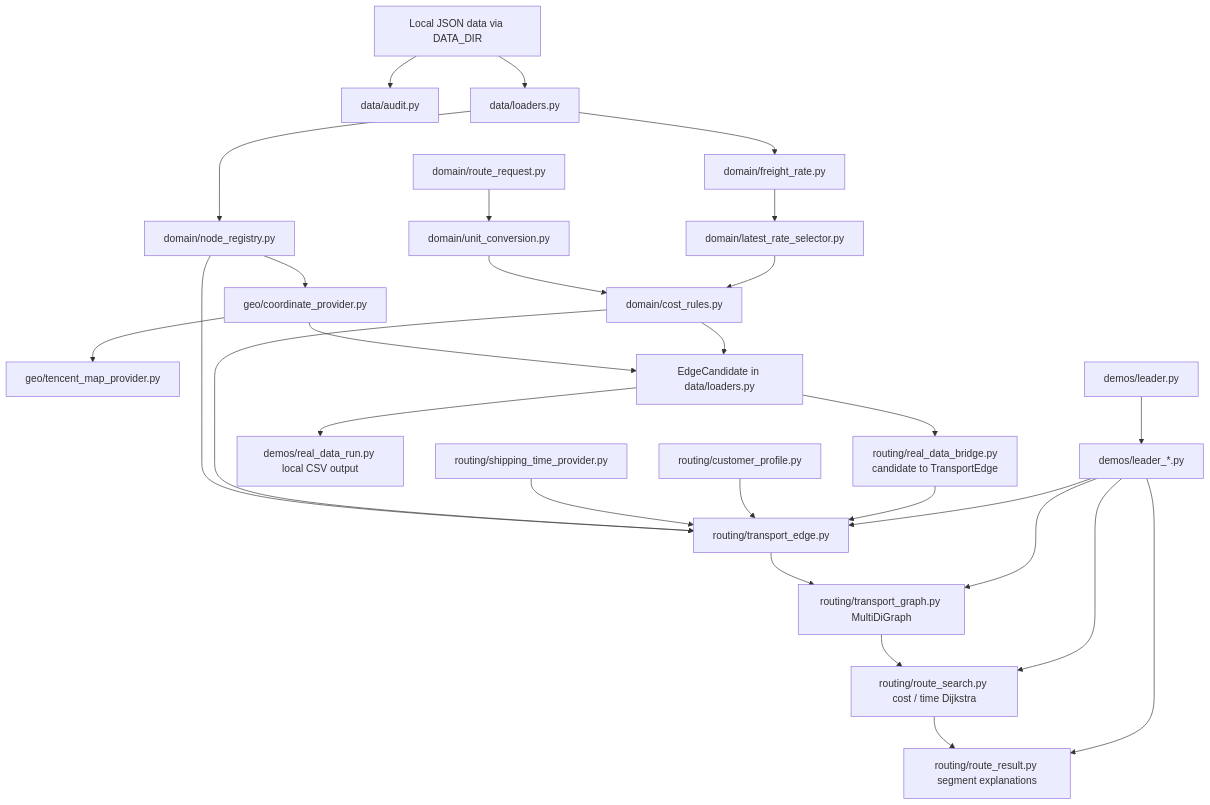
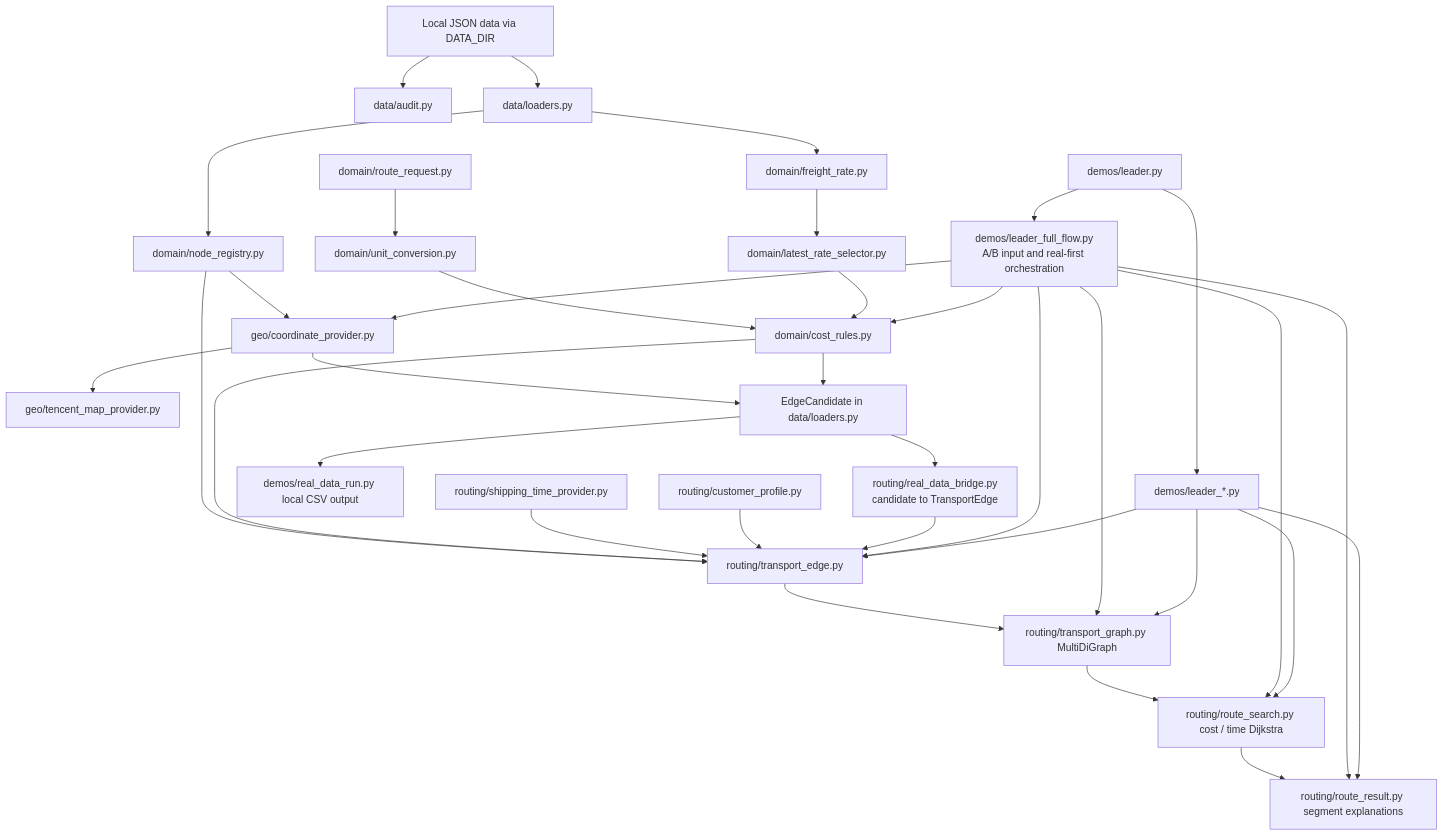
The first of 2 diagrams in docs/ARCHITECTURE.md (yumenou92-netizen/From-Port-to-Factory-A-Project-on-Transport-Route-Inference-Based-on-an-Open-Mapping-Platform), drawn with Mermaid before and after one commit. The commit also changed other lines of this file and 29 other files, not shown here.

First line of the commit message:
feat(demo): complete leader full-flow rehearsal

````diff
--- a/docs/ARCHITECTURE.md
+++ b/docs/ARCHITECTURE.md
@@ -9,37 +9,44 @@
 ```mermaid
 flowchart TD
     A["Local JSON data via DATA_DIR"] --> B["data/audit.py"]
     A --> C["data/loaders.py"]
 
     C --> D["domain/node_registry.py"]
     D --> D2["geo/coordinate_provider.py"]
     D2 --> D3["geo/tencent_map_provider.py"]
     C --> E["domain/freight_rate.py"]
     E --> E2["domain/latest_rate_selector.py"]
 
     F["domain/route_request.py"] --> G["domain/unit_conversion.py"]
     G --> H["domain/cost_rules.py"]
     E2 --> H
     T["routing/shipping_time_provider.py"]
     P["routing/customer_profile.py"]
 
     D2 --> I["EdgeCandidate in data/loaders.py"]
     H --> I
     I --> O["demos/real_data_run.py local CSV output"]
     I --> R["routing/real_data_bridge.py<br/>candidate to TransportEdge"]
 
     D --> U["routing/transport_edge.py"]
     H --> U
     T --> U
     P --> U
     R --> U
     U --> V["routing/transport_graph.py MultiDiGraph"]
     V --> W["routing/route_search.py cost / time Dijkstra"]
     W --> X["routing/route_result.py segment explanations"]
 
     M["demos/leader.py"] --> N["demos/leader_*.py"]
+    M --> LF["demos/leader_full_flow.py<br/>A/B input and real-first orchestration"]
+    LF --> D2
+    LF --> H
+    LF --> U
+    LF --> V
+    LF --> W
+    LF --> X
     N --> U
     N --> V
     N --> W
     N --> X
 ```
````
